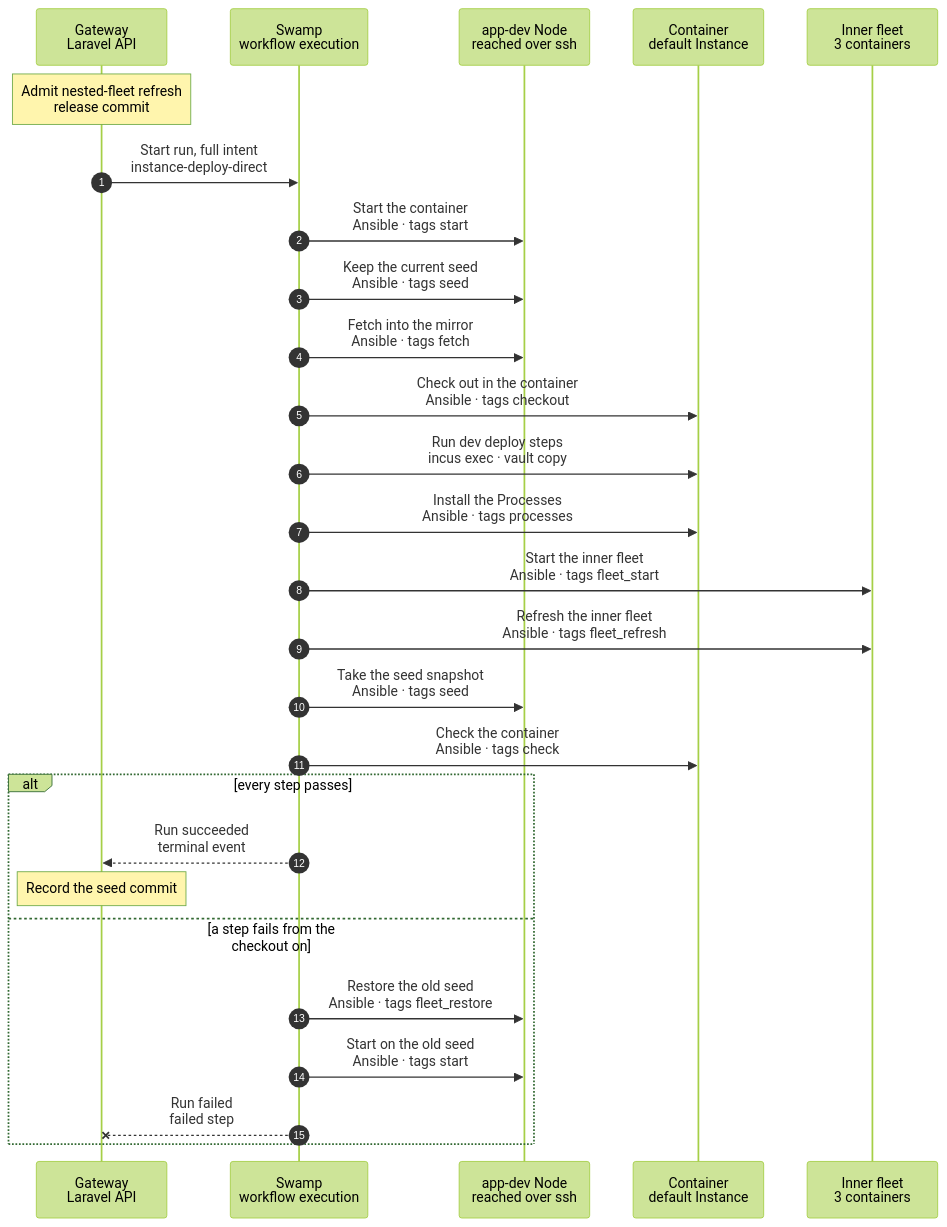
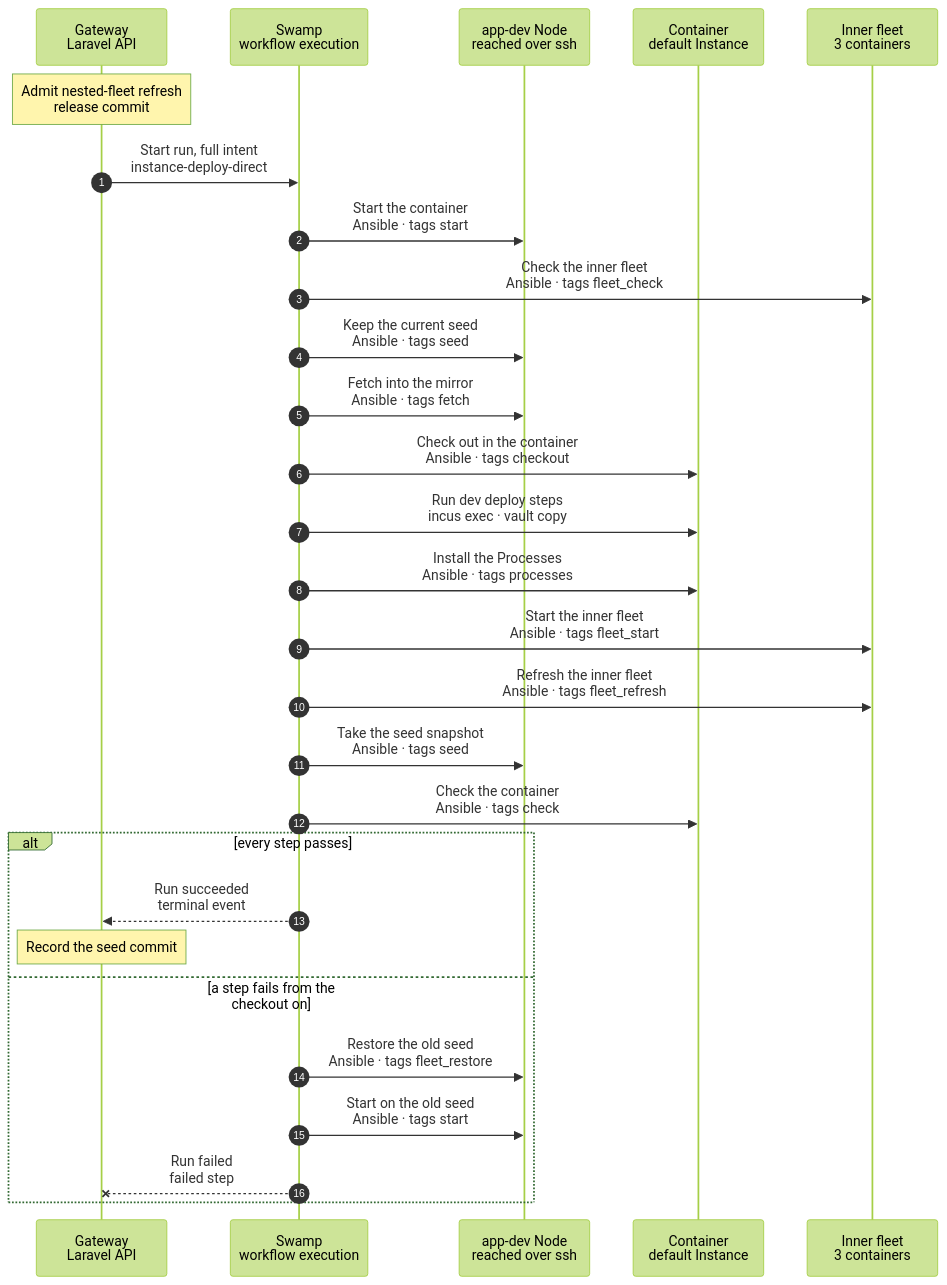
The diagram in docs/cli/instance/container/fleet-refresh.mmd (hardimpactdev/orbit), drawn with Mermaid (forest theme) before and after one commit. The commit also changed 25 other files, not shown here.

First line of the commit message:
fix(instances): make the nested fleet rules match the fleet that runs (#3589)

```diff
--- a/docs/cli/instance/container/fleet-refresh.mmd
+++ b/docs/cli/instance/container/fleet-refresh.mmd
@@ -1,79 +1,87 @@
 sequenceDiagram
   %% Container runtime (ADR 0250 step 5, docs/reference/development-containers.md#refresh-after-a-release): after each Gateway release, the deployment of each nested-fleet default Instance to the release commit. It is `instance.deploy` with the fleet steps that only a nested-fleet default's intent runs. It refreshes the inner fleet and takes the seed that new Instances of that Project clone. For the nested-fleet path it replaces the release trigger and the daily run of docs/cli/task/vm-image-refresh.mmd, and it calls neither.
   %% status: draft
   %% command: none · after each Gateway release · instance:deploy on the default runs the same flow
   %% kind: instance.deploy
   autonumber
   %% lane GW icon=gateway pill=intent tone=blue
   %% lane SW icon=workflow pill=executes tone=green
   %% lane N icon=server pill=target tone=amber
   %% lane C icon=server pill=default tone=purple
   %% lane F icon=server pill=fleet tone=gray
   participant GW as Gateway<br/>Laravel API
   participant SW as Swamp<br/>workflow execution
   participant N as app-dev Node<br/>reached over ssh
   participant C as Container<br/>default Instance
   participant F as Inner fleet<br/>3 containers
   Note over GW: Admit nested-fleet refresh<br/>release commit
   %%> Started by:
   %%> - the release step "Admit nested-fleet refresh", after the Gateway is verified and Horizon runs: `instances:refresh-nested-fleets --commit`
   %%> When:
   %%> - only while the Gateway setting `ORBIT_INSTANCES_NESTED_FLEET_REFRESH` is on; off, the step prints one line and admits nothing
   %%> - one deployment per nested-fleet default whose runtime is in `orbit-instances-nested` on a Node with the nested-fleet switch on
   %%> - none exists: the step prints one line and admits nothing
   %%> - a clone of the default is being created: refused, `instance.clone_in_flight`; the next release tries again
   %%> - a deployment of the default is open: refused by the Instance lock, `operation.target_busy`
   %%> - the release commit is missing from the Project's repository: the admission's source read refuses it, `project.source_unavailable`
   %%> Result:
   %%> - best effort: the step allows failure and nothing waits for it; the release stays live
   GW->>SW: Start run, full intent<br/>instance-deploy-direct
   %%> What it does:
   %%> - the intent carries `fleet` (NestedFleetIntent): the fleet's names, the operator, the checkout path and the egress proxy
   %%> - the run budget grows by the fleet steps' bounds
   SW->>N: Start the container<br/>Ansible · tags start
   %%> What it does:
   %%> - the one start of a container; the Club key is delivered there, outside the container's disk
+  SW->>F: Check the inner fleet<br/>Ansible · tags fleet_check
+  %%> What it does:
+  %%> - waits for the inner Incus, then compares the three nested containers with the fleet rules; it changes nothing
+  %%> - refuses `instance.container_fleet_drift` when a rule Orbit does not write differs (`raw.idmap`) or a nested container cannot be read; the Operation's result `fleet_drift` names each difference
+  %%> - an owned rule that differs passes: the refresh writes it
+  %%> Why:
+  %%> - nothing changed yet, so a refusal restores no seed
   SW->>N: Keep the current seed<br/>Ansible · tags seed
   %%> What it does:
   %%> - retakes `seed-COMMIT` of the default as it is, fleet included, before the run changes anything
   %%> - refuses `instance.fleet_key_on_disk` first when the Club key path is a file on the container's disk; the key is never read
   %%> Why:
   %%> - a failed refresh then restores a seed that holds the fleet, never one from before it
   SW->>N: Fetch into the mirror<br/>Ansible · tags fetch
   SW->>C: Check out in the container<br/>Ansible · tags checkout
   %%> What it does:
   %%> - checks out the release commit in `/srv/workspace`; the nested Gateway and app-dev see it through their `checkout` device
   SW->>C: Run dev deploy steps<br/>incus exec · vault copy
   SW->>C: Install the Processes<br/>Ansible · tags processes
   SW->>F: Start the inner fleet<br/>Ansible · tags fleet_start
   %%> What it does:
-  %%> - checks the fleet rules, starts the three nested containers, brings up `wg-nested` with `ip` and `wg`, and waits for Doctor and the three agents
+  %%> - compares the fleet with its rules as the check does, starts the nested containers that are stopped, brings up `wg-nested` with `ip` and `wg`, and waits for Doctor and the three agents
+  %%> - changes no device or configuration key: on a running healthy fleet it only reads
   SW->>F: Refresh the inner fleet<br/>Ansible · tags fleet_refresh
   %%> What it does:
   %%> - migrates the nested Gateway and restarts its services, converges the base of the three nested Nodes one by one, waits for Doctor
-  %%> - stops the fleet, applies the rules and retakes `base` of the three
+  %%> - stops the fleet, writes the owned rules that differ (and a build rule only where it is absent), checks every rule, and retakes `base` of the three
   %%> Why:
   %%> - a snapshot of a running container on a directory pool is a file copy, not a consistent state
   SW->>N: Take the seed snapshot<br/>Ansible · tags seed
   %%> What it does:
   %%> - refuses `instance.fleet_key_on_disk` when the Club key path is a file on the container's disk; the key is never read
   %%> - stops the Processes, snapshots `seed-COMMIT` again even at the same commit, starts them, deletes the older seeds
   SW->>C: Check the container<br/>Ansible · tags check
   alt every step passes
     SW-->>GW: Run succeeded<br/>terminal event
     Note over GW: Record the seed commit
     %%> Result:
     %%> - new Instances of the Project clone the new seed; existing clones keep the fleet they have
   else a step fails from the checkout on
     SW->>N: Restore the old seed<br/>Ansible · tags fleet_restore
     %%> What it does:
     %%> - stops the container and restores its newest seed by creation time: the one "Keep the current seed" took, or a newer one
     %%> - refuses `instance.fleet_seed_missing` when no seed is left
     SW->>N: Start on the old seed<br/>Ansible · tags start
     %%> What it does:
     %%> - starts it through `start`, so the start delivers what every start delivers
     SW--xGW: Run failed<br/>failed step
     %%> Result:
     %%> - the Operation names the first failed step and its code, such as `instance.container_fleet_refresh_failed`
     %%> - the old seed stays the seed; clones keep copying it, and the next release runs again
   end
```
